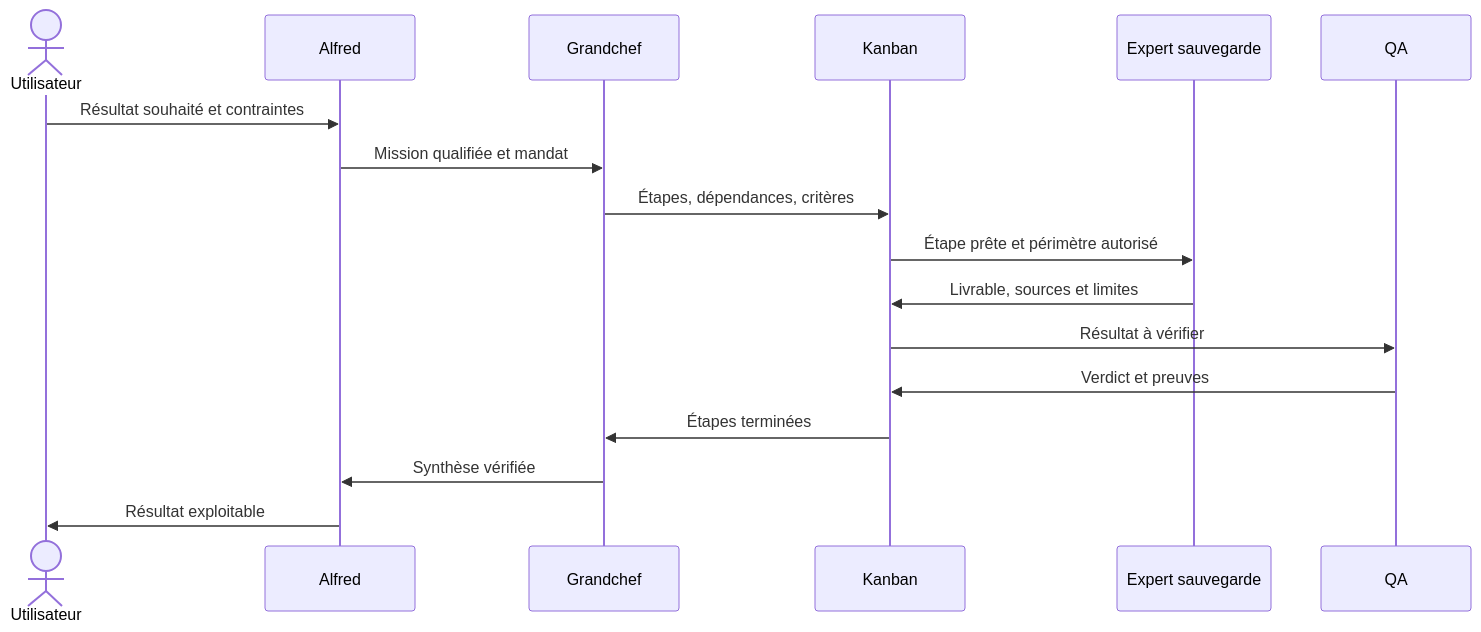
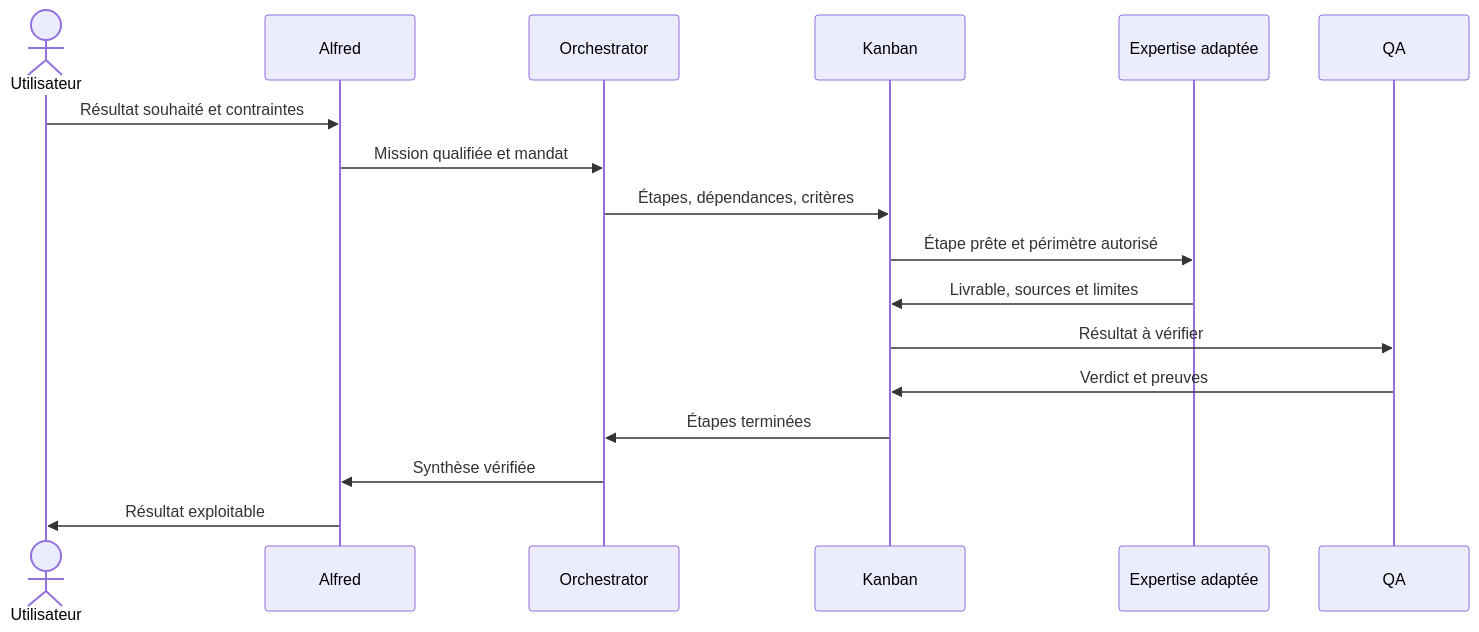
Before and after one commit to nicolastheuil/project-alfred: the second of 5 diagrams in docs/guide-illustre.md, drawn with Mermaid. The commit also changed other lines of this file and 11 other files, not shown here.

````diff
--- a/docs/guide-illustre.md
+++ b/docs/guide-illustre.md
@@ -38,19 +34,19 @@
 ```mermaid
 sequenceDiagram
     actor U as Utilisateur
     participant A as Alfred
-    participant G as Grandchef
+    participant G as Orchestrator
     participant K as Kanban
-    participant E as Expert sauvegarde
+    participant E as Expertise adaptée
     participant Q as QA
     U->>A: Résultat souhaité et contraintes
     A->>G: Mission qualifiée et mandat
     G->>K: Étapes, dépendances, critères
     K->>E: Étape prête et périmètre autorisé
     E->>K: Livrable, sources et limites
     K->>Q: Résultat à vérifier
     Q->>K: Verdict et preuves
     K->>G: Étapes terminées
     G->>A: Synthèse vérifiée
     A->>U: Résultat exploitable
 ```
````
